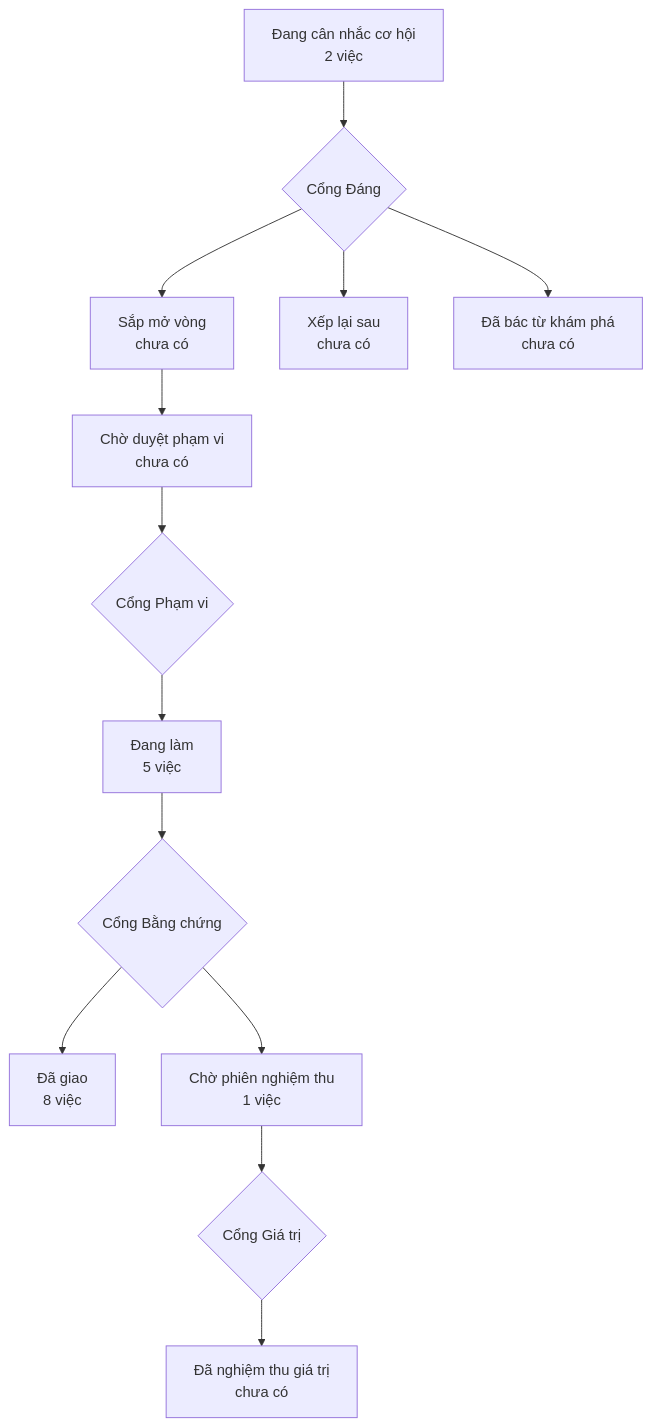
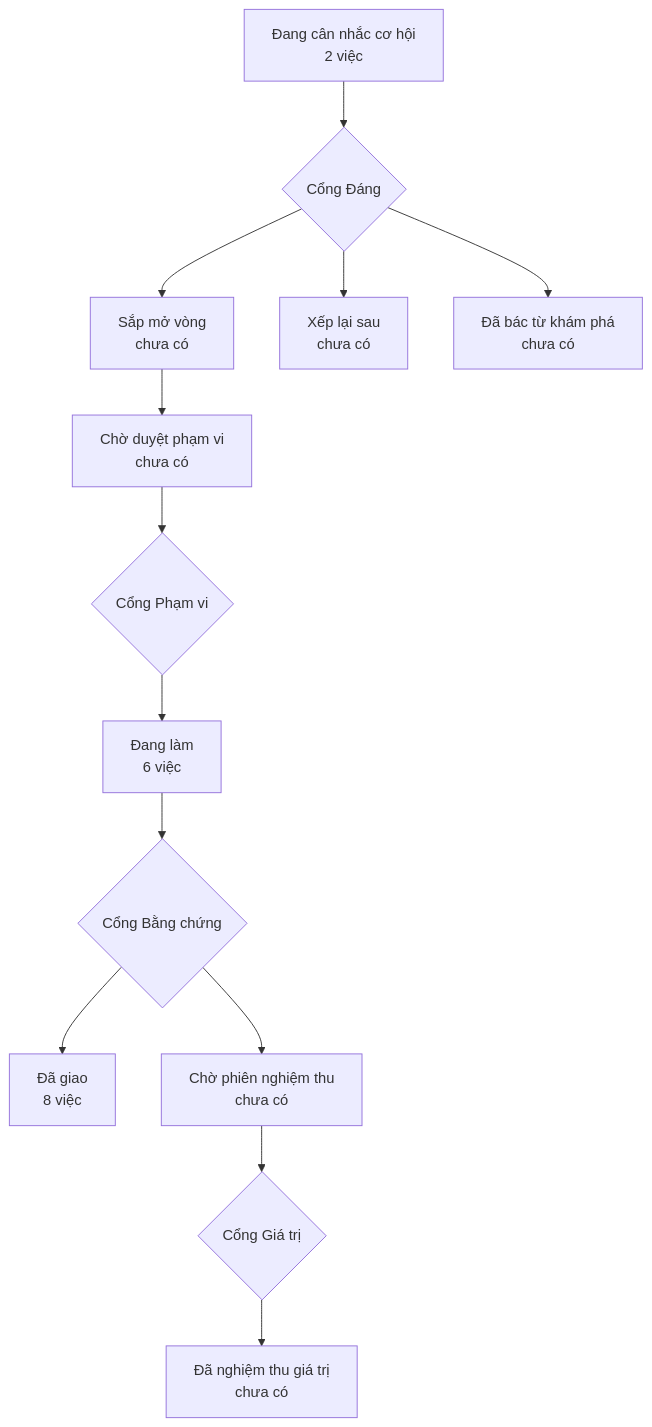
One commit to phanlemanh/crm-onehub changed the diagram in PRODUCT-MAP.md. Above: the diagram before and after it, drawn with Mermaid. The commit also changed other lines of this file and 29 other files, not shown here.

````diff
--- a/PRODUCT-MAP.md
+++ b/PRODUCT-MAP.md
@@ -6,12 +6,12 @@
 ```mermaid
 flowchart TD
   A["Đang cân nhắc cơ hội<br/>2 việc"] --> GD{"Cổng Đáng"}
   GD --> B["Sắp mở vòng<br/>chưa có"]
   GD --> XL["Xếp lại sau<br/>chưa có"]
   GD --> DB["Đã bác từ khám phá<br/>chưa có"]
   B --> CD["Chờ duyệt phạm vi<br/>chưa có"] --> GP{"Cổng Phạm vi"}
-  GP --> DL["Đang làm<br/>5 việc"] --> GB{"Cổng Bằng chứng"}
+  GP --> DL["Đang làm<br/>6 việc"] --> GB{"Cổng Bằng chứng"}
   GB --> DG["Đã giao<br/>8 việc"]
-  GB --> CN["Chờ phiên nghiệm thu<br/>1 việc"] --> GG{"Cổng Giá trị"}
+  GB --> CN["Chờ phiên nghiệm thu<br/>chưa có"] --> GG{"Cổng Giá trị"}
   GG --> NT["Đã nghiệm thu giá trị<br/>chưa có"]
 ```
````
